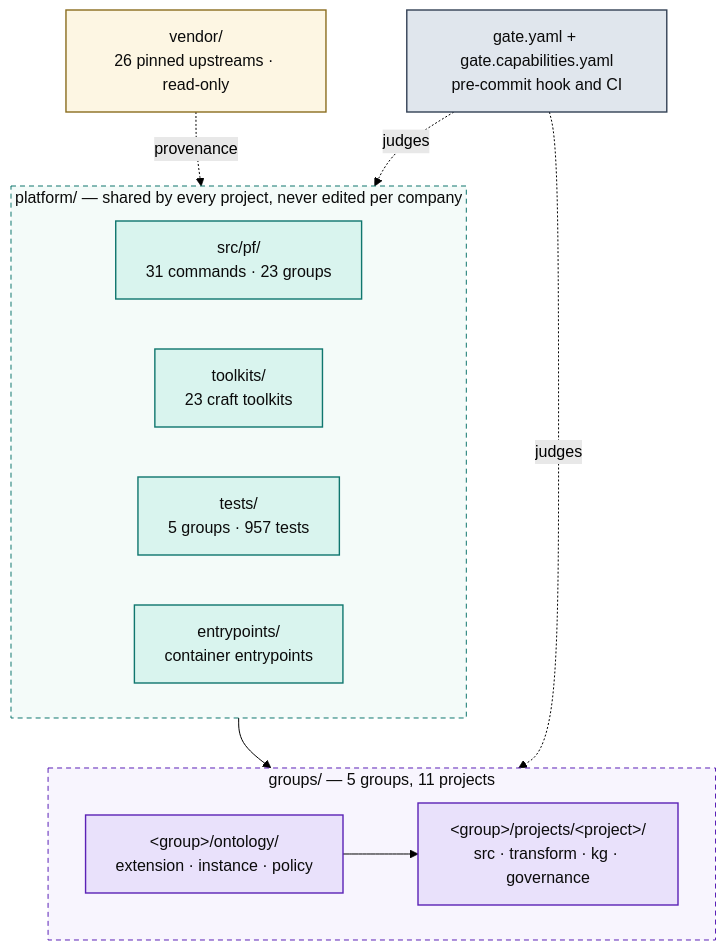
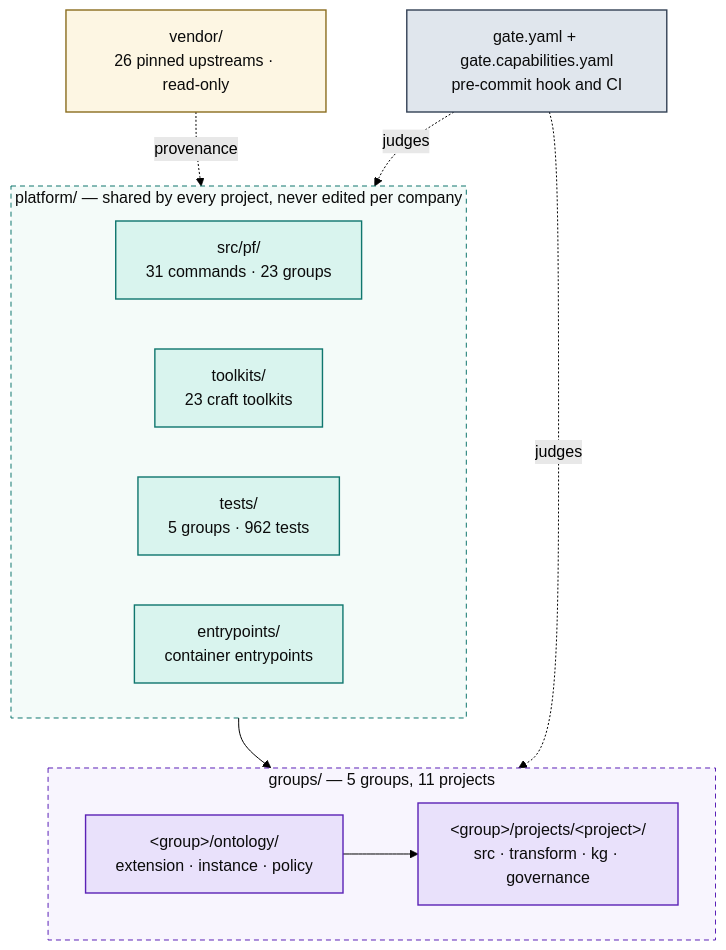
The first of 5 diagrams in docs/ARCHITECTURE.md (Atomz-org/data-platform), drawn with Mermaid (forest theme) before and after one commit. The commit also changed other lines of this file and 7 other files, not shown here.

````diff
--- a/docs/ARCHITECTURE.md
+++ b/docs/ARCHITECTURE.md
@@ -15,36 +15,36 @@
 ```mermaid
 flowchart TB
   subgraph SHARED["platform/ — shared by every project, never edited per company"]
     direction LR
     ENG["src/pf/<br/>31 commands · 23 groups"]
     TK["toolkits/<br/>23 craft toolkits"]
-    TST["tests/<br/>5 groups · 957 tests"]
+    TST["tests/<br/>5 groups · 962 tests"]
     ENT["entrypoints/<br/>container entrypoints"]
   end
 
   subgraph ENTITIES["groups/ — 5 groups, 11 projects"]
     direction LR
     GRP["&lt;group&gt;/ontology/<br/>extension · instance · policy"]
     PRJ["&lt;group&gt;/projects/&lt;project&gt;/<br/>src · transform · kg · governance"]
     GRP --> PRJ
   end
 
   VEN["vendor/<br/>26 pinned upstreams · read-only"]
   GATE["gate.yaml + gate.capabilities.yaml<br/>pre-commit hook and CI"]
 
   SHARED --> ENTITIES
   VEN -.provenance.-> SHARED
   GATE -.judges.-> ENTITIES
   GATE -.judges.-> SHARED
 
   classDef code fill:#d9f4ee,stroke:#0f766e,stroke-width:1.4px,color:#0b0b0b
   classDef data fill:#e9e1fb,stroke:#5b21b6,stroke-width:1.4px,color:#0b0b0b
   classDef gov fill:#e0e6ed,stroke:#334155,stroke-width:1.4px,color:#0b0b0b
   classDef ext fill:#fdf6e3,stroke:#8a6d1f,stroke-width:1.4px,color:#0b0b0b
   class ENG,TK,TST,ENT code
   class GRP,PRJ data
   class GATE gov
   class VEN ext
   style SHARED fill:#f4fbf9,stroke:#0f766e,stroke-dasharray:5 4,color:#0b0b0b
   style ENTITIES fill:#f8f5fe,stroke:#5b21b6,stroke-dasharray:5 4,color:#0b0b0b
 ```
````
